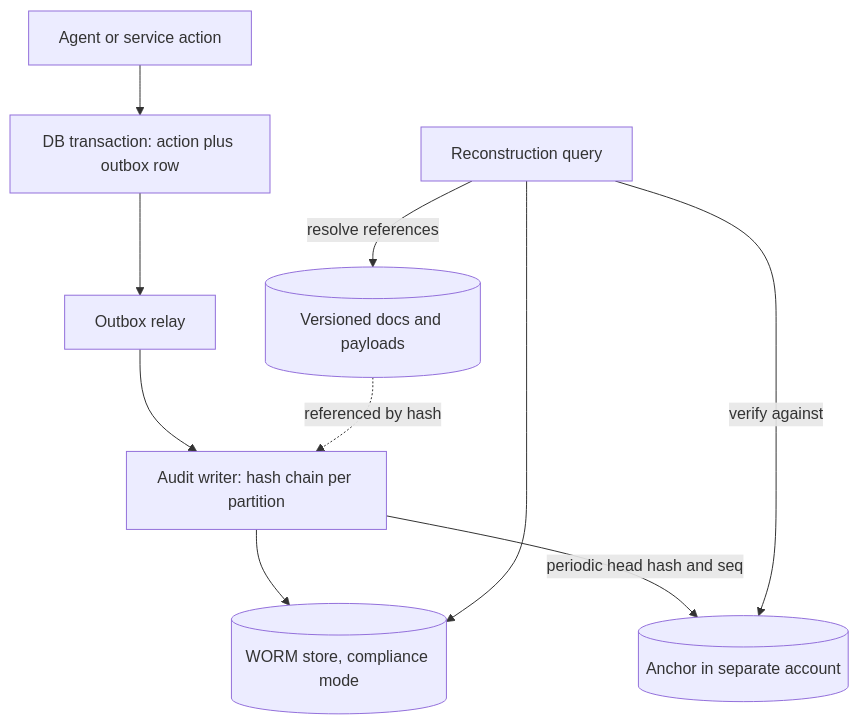
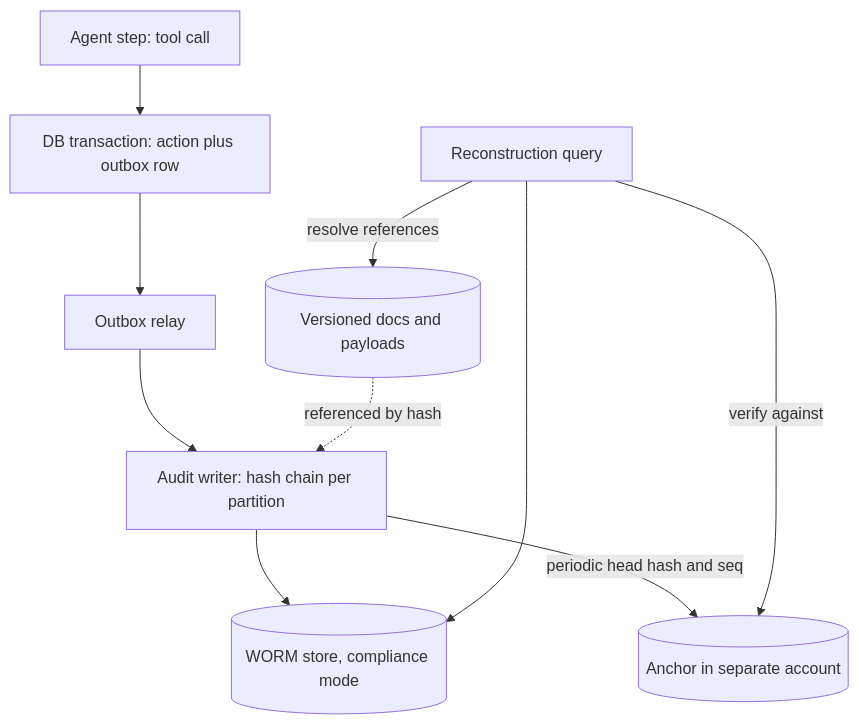
The diagram in content/security-governance-compliance/audit-trails.md (lovishmahajan97/agentic-learning), drawn with Mermaid before and after one commit. The commit also changed other lines of this file and 485 other files, not shown here.

````diff
--- a/content/security-governance-compliance/audit-trails.md
+++ b/content/security-governance-compliance/audit-trails.md
@@ -127,12 +141,12 @@
 ```mermaid
 flowchart TD
-    A["Agent or service action"] --> T["DB transaction: action plus outbox row"]
+    A["Agent step: tool call"] --> T["DB transaction: action plus outbox row"]
     T --> O["Outbox relay"]
     O --> W["Audit writer: hash chain per partition"]
     W --> S[("WORM store, compliance mode")]
     W -->|"periodic head hash and seq"| AN[("Anchor in separate account")]
     D[("Versioned docs and payloads")] -.->|"referenced by hash"| W
     Q["Reconstruction query"] --> S
     Q -->|"verify against"| AN
     Q -->|"resolve references"| D
 ```
````
